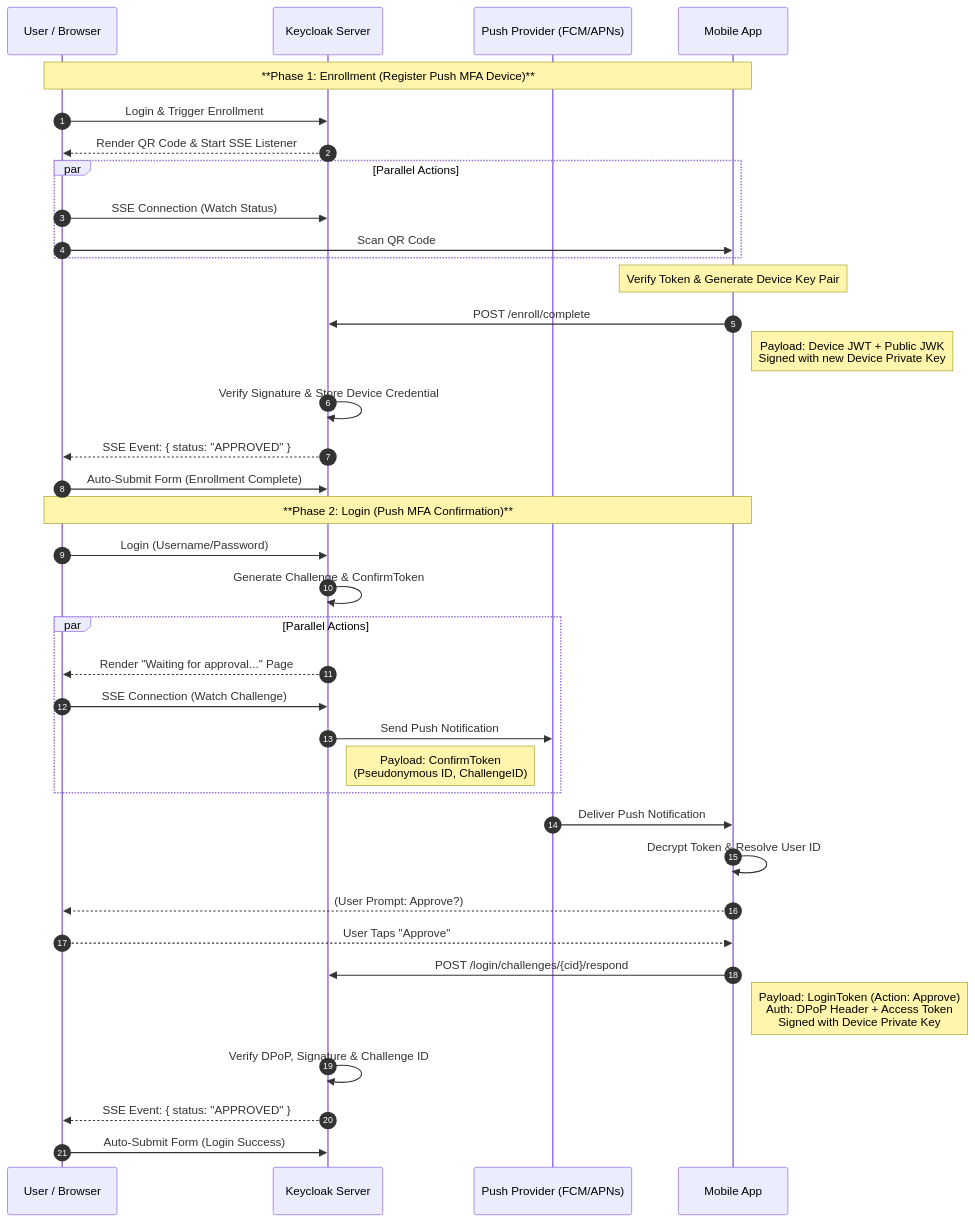
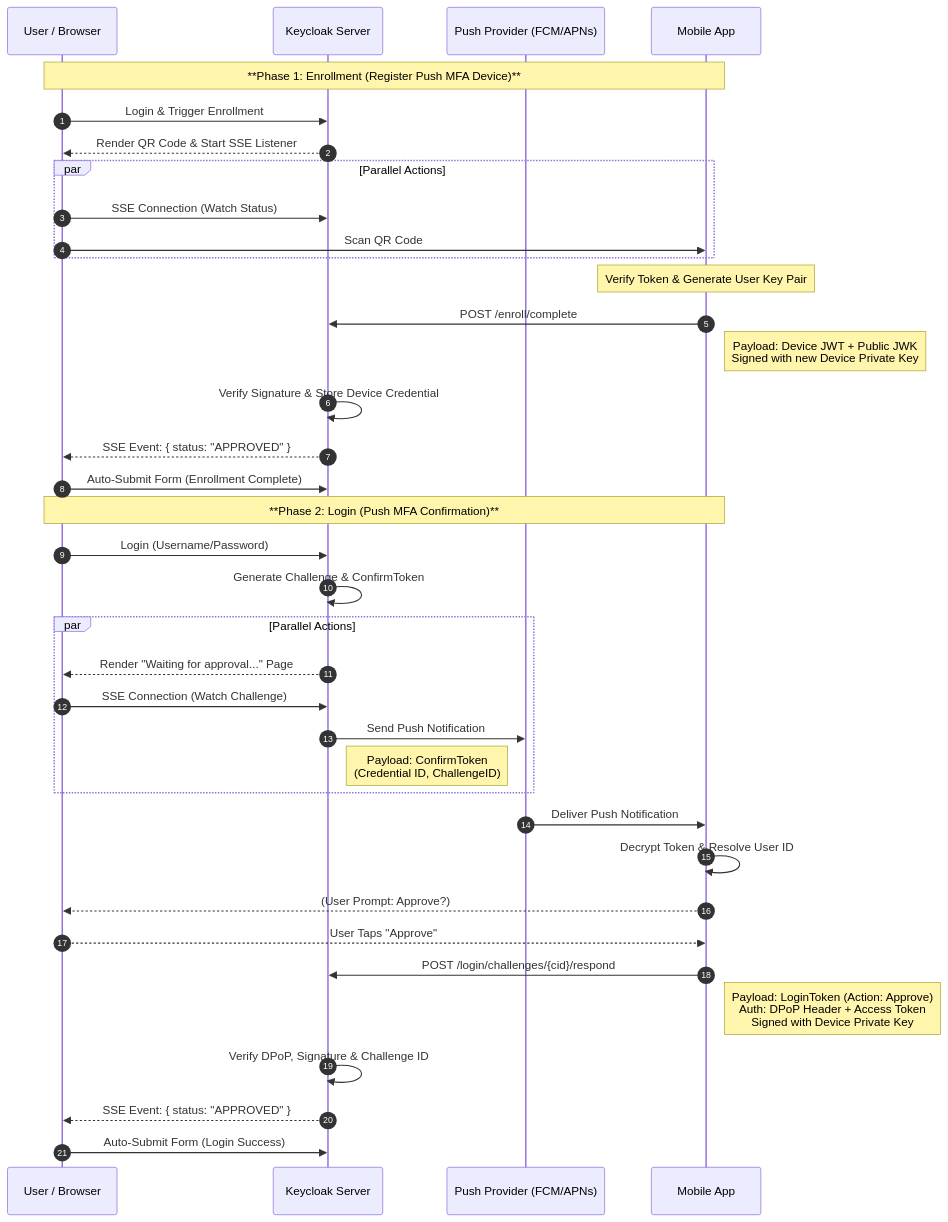
One commit to ba-itsys/keycloak-push-mfa-extension changed the diagram in README.md. Above: the diagram before and after it, drawn with Mermaid. The commit also changed other lines of this file and 18 other files, not shown here.

Commit message:
rename pseudonymousUserId to credentialId and deviceKey to userKey

````diff
--- a/README.md
+++ b/README.md
@@ -14,52 +14,52 @@
 ```mermaid
 sequenceDiagram
     autonumber
     participant Browser as User / Browser
     participant Keycloak as Keycloak Server
     participant Provider as Push Provider (FCM/APNs)
     participant Mobile as Mobile App
 
     Note over Browser, Mobile: **Phase 1: Enrollment (Register Push MFA Device)**
     
     Browser->>Keycloak: Login & Trigger Enrollment
     Keycloak-->>Browser: Render QR Code & Start SSE Listener
     
     par Parallel Actions
         Browser->>Keycloak: SSE Connection (Watch Status)
         Browser->>Mobile: Scan QR Code
     end
 
-    Note over Mobile: Verify Token & Generate Device Key Pair
+    Note over Mobile: Verify Token & Generate User Key Pair
     
     Mobile->>Keycloak: POST /enroll/complete
     Note right of Mobile: Payload: Device JWT + Public JWK<br/>Signed with new Device Private Key
 
     Keycloak->>Keycloak: Verify Signature & Store Device Credential
     Keycloak-->>Browser: SSE Event: { status: "APPROVED" }
     Browser->>Keycloak: Auto-Submit Form (Enrollment Complete)
 
     Note over Browser, Mobile: **Phase 2: Login (Push MFA Confirmation)**
 
     Browser->>Keycloak: Login (Username/Password)
     Keycloak->>Keycloak: Generate Challenge & ConfirmToken
     
     par Parallel Actions
         Keycloak-->>Browser: Render "Waiting for approval..." Page
         Browser->>Keycloak: SSE Connection (Watch Challenge)
         Keycloak->>Provider: Send Push Notification
-        Note right of Keycloak: Payload: ConfirmToken<br/>(Pseudonymous ID, ChallengeID)
+        Note right of Keycloak: Payload: ConfirmToken<br/>(Credential ID, ChallengeID)
     end
 
     Provider->>Mobile: Deliver Push Notification
     
     Mobile->>Mobile: Decrypt Token & Resolve User ID
     Mobile-->>Browser: (User Prompt: Approve?)
     Browser-->>Mobile: User Taps "Approve"
 
     Mobile->>Keycloak: POST /login/challenges/{cid}/respond
     Note right of Mobile: Payload: LoginToken (Action: Approve)<br/>Auth: DPoP Header + Access Token<br/>Signed with Device Private Key
 
     Keycloak->>Keycloak: Verify DPoP, Signature & Challenge ID
     Keycloak-->>Browser: SSE Event: { status: "APPROVED" }
     Browser->>Keycloak: Auto-Submit Form (Login Success)
 ```
````
